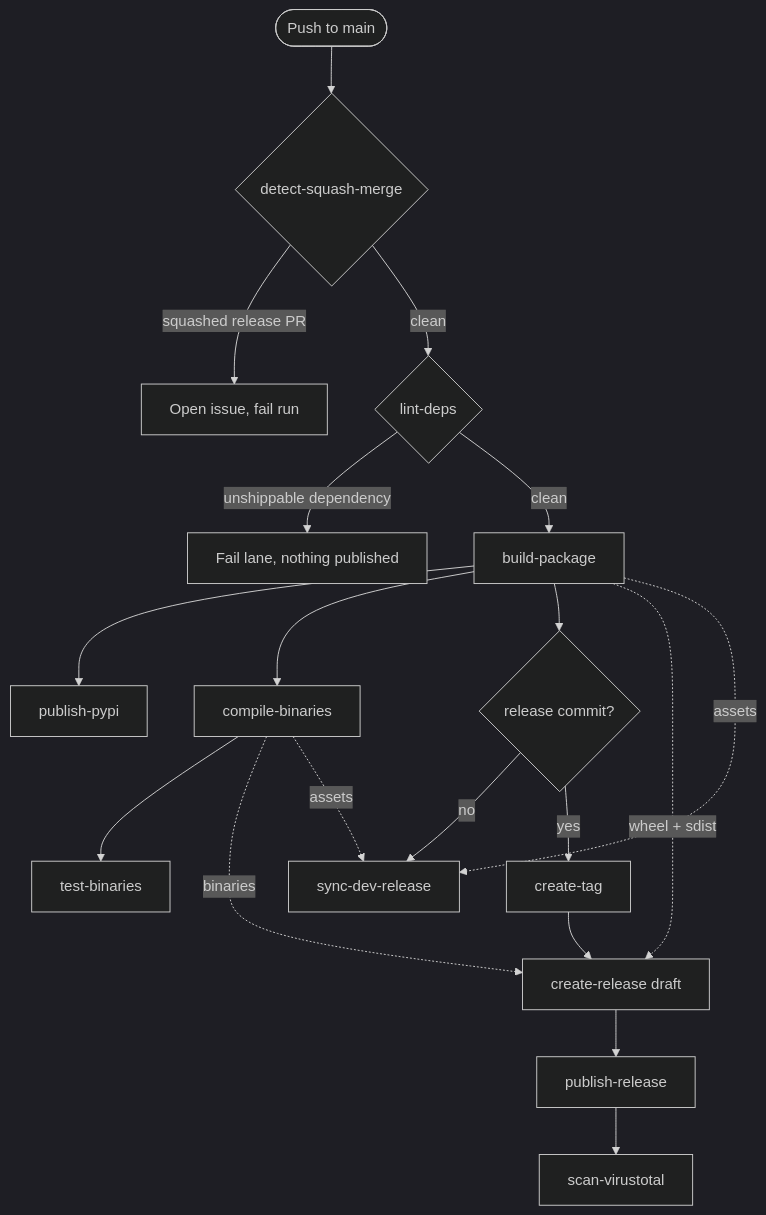
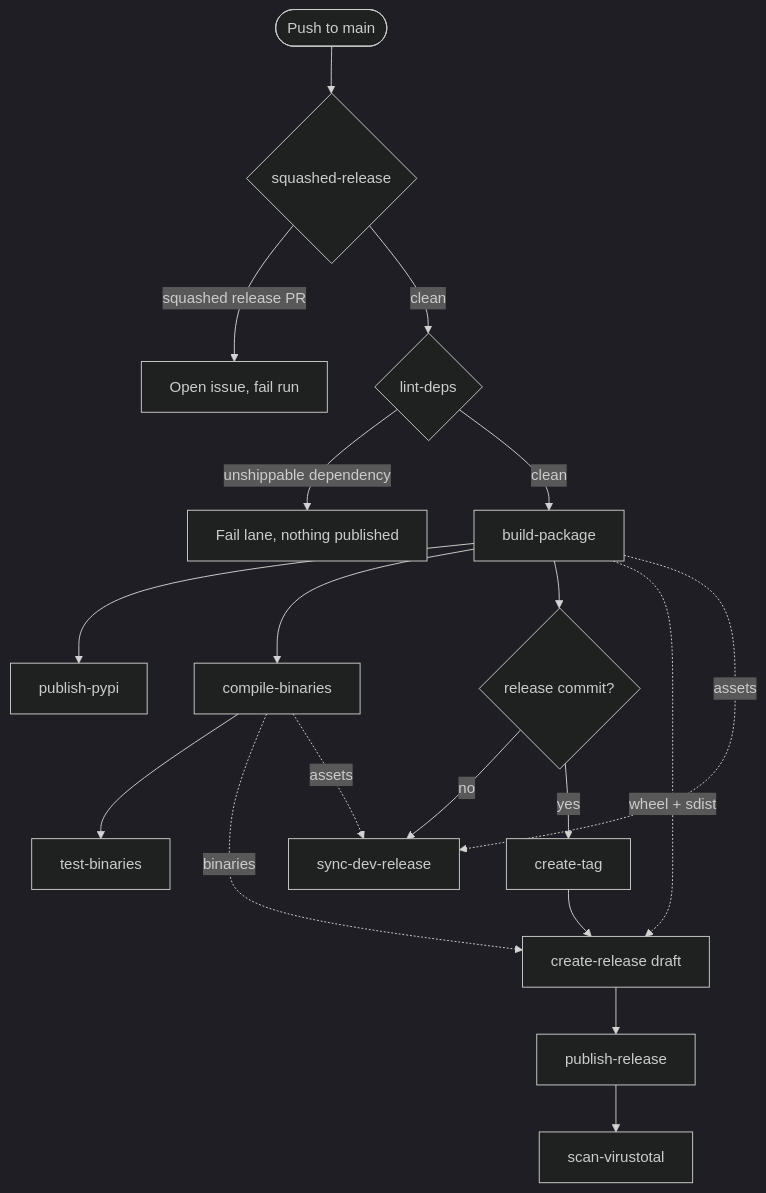
The first of 2 diagrams in docs/workflows.md (kdeldycke/repomatic), drawn with Mermaid (dark theme) before and after one commit. The commit also changed other lines of this file and 16 other files, not shown here.

Commit message:
Rename `detect-squash-merge` to `squashed-release`

````diff
--- a/docs/workflows.md
+++ b/docs/workflows.md
@@ -631,21 +631,21 @@
 ```mermaid
 flowchart TD
-    push([Push to main]) --> squash{detect-squash-merge}
+    push([Push to main]) --> squash{squashed-release}
     squash -->|squashed release PR| fail[Open issue, fail run]
     squash -->|clean| deps{lint-deps}
     deps -->|unshippable dependency| blocked[Fail lane, nothing published]
     deps -->|clean| build[build-package]
     build --> pypi[publish-pypi]
     build --> nuitka[compile-binaries]
     build --> relcommit{release commit?}
     relcommit -->|no| dev[sync-dev-release]
     relcommit -->|yes| tag[create-tag]
     nuitka --> testbin[test-binaries]
     tag --> draft[create-release draft]
     build -. wheel + sdist .-> draft
     nuitka -. binaries .-> draft
     draft --> pubrel[publish-release]
     pubrel --> vt[scan-virustotal]
     build -. assets .-> dev
     nuitka -. assets .-> dev
 ```
````
